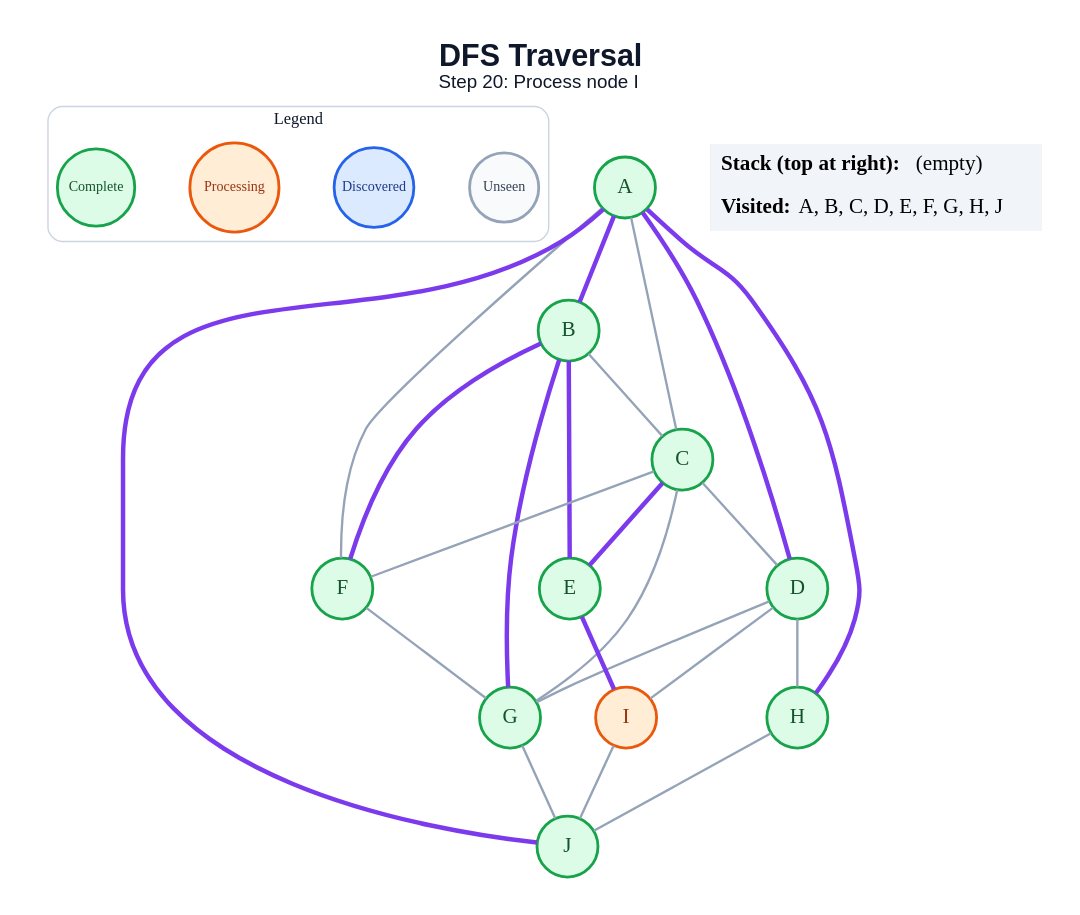
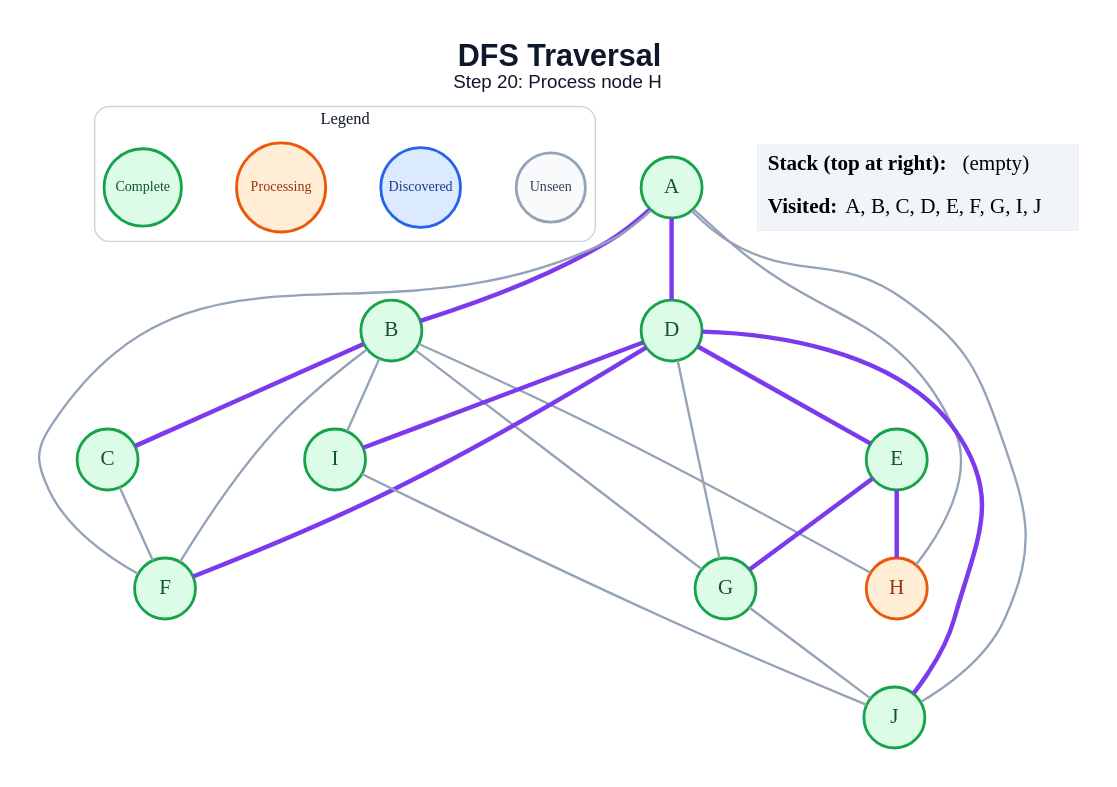
The diagram in generated/specific-node/dfs/step_20.dot (amanghodawala9/ai-slop), drawn with Graphviz before and after one commit. The commit also changed 178 other files, not shown here.

```diff
--- a/generated/specific-node/dfs/step_20.dot
+++ b/generated/specific-node/dfs/step_20.dot
@@ -1,51 +1,49 @@
 graph traversal {
   graph [layout=dot, rankdir=TB, bgcolor="#FFFFFF", pad="0.35", nodesep="0.65", ranksep="0.8", fontname="Arial"];
   node [shape=circle, style="filled", fontname="Arial Bold", fontsize=18, width=0.72, fixedsize=true, penwidth=2.4];
   edge [color="#94A3B8", penwidth=2.0];
-  label=<<B>DFS Traversal</B><BR/><FONT POINT-SIZE="16">Step 20: Process node I</FONT>>; labelloc="t"; fontsize=26; fontname="Arial"; fontcolor="#0F172A";
+  label=<<B>DFS Traversal</B><BR/><FONT POINT-SIZE="16">Step 20: Process node H</FONT>>; labelloc="t"; fontsize=26; fontname="Arial"; fontcolor="#0F172A";
   subgraph cluster_legend { label="Legend"; color="#CBD5E1"; penwidth=1.2; style="rounded"; fontsize=14; fontname="Arial Bold";
     key_unseen [label="Unseen", fillcolor="#F8FAFC", color="#94A3B8", fontcolor="#334155", fontsize=12, width=0.82];
     key_frontier [label="Discovered", fillcolor="#DBEAFE", color="#2563EB", fontcolor="#1E3A8A", fontsize=12, width=0.95];
     key_current [label="Processing", fillcolor="#FFEDD5", color="#EA580C", fontcolor="#9A3412", fontsize=12, width=1.05];
     key_done [label="Complete", fillcolor="#DCFCE7", color="#16A34A", fontcolor="#14532D", fontsize=12, width=0.92];
     { rank=same; key_unseen; key_frontier; key_current; key_done; }
   }
   A [fillcolor="#DCFCE7", color="#16A34A", fontcolor="#14532D"];
   B [fillcolor="#DCFCE7", color="#16A34A", fontcolor="#14532D"];
   C [fillcolor="#DCFCE7", color="#16A34A", fontcolor="#14532D"];
   D [fillcolor="#DCFCE7", color="#16A34A", fontcolor="#14532D"];
   E [fillcolor="#DCFCE7", color="#16A34A", fontcolor="#14532D"];
   F [fillcolor="#DCFCE7", color="#16A34A", fontcolor="#14532D"];
   G [fillcolor="#DCFCE7", color="#16A34A", fontcolor="#14532D"];
-  H [fillcolor="#DCFCE7", color="#16A34A", fontcolor="#14532D"];
-  I [fillcolor="#FFEDD5", color="#EA580C", fontcolor="#9A3412"];
+  H [fillcolor="#FFEDD5", color="#EA580C", fontcolor="#9A3412"];
+  I [fillcolor="#DCFCE7", color="#16A34A", fontcolor="#14532D"];
   J [fillcolor="#DCFCE7", color="#16A34A", fontcolor="#14532D"];
   A -- B [color="#7C3AED", penwidth=3.8];
-  A -- C;
   A -- D [color="#7C3AED", penwidth=3.8];
   A -- F;
-  A -- H [color="#7C3AED", penwidth=3.8];
-  A -- J [color="#7C3AED", penwidth=3.8];
-  B -- C;
-  B -- E [color="#7C3AED", penwidth=3.8];
-  B -- F [color="#7C3AED", penwidth=3.8];
-  B -- G [color="#7C3AED", penwidth=3.8];
-  C -- D;
-  C -- E [color="#7C3AED", penwidth=3.8];
+  A -- H;
+  A -- J;
+  B -- C [color="#7C3AED", penwidth=3.8];
+  B -- F;
+  B -- G;
+  B -- H;
+  B -- I;
   C -- F;
-  C -- G;
+  D -- E [color="#7C3AED", penwidth=3.8];
+  D -- F [color="#7C3AED", penwidth=3.8];
   D -- G;
-  D -- H;
-  D -- I;
-  E -- I [color="#7C3AED", penwidth=3.8];
-  F -- G;
+  D -- I [color="#7C3AED", penwidth=3.8];
+  D -- J [color="#7C3AED", penwidth=3.8];
+  E -- G [color="#7C3AED", penwidth=3.8];
+  E -- H [color="#7C3AED", penwidth=3.8];
   G -- J;
-  H -- J;
   I -- J;
   status [shape=plain, fixedsize=false, width=0, height=0, margin=0, label=<
     <TABLE BORDER="0" CELLBORDER="0" CELLPADDING="7" BGCOLOR="#F1F5F9">
       <TR><TD ALIGN="LEFT"><B>Stack (top at right):</B> (empty)</TD></TR>
-      <TR><TD ALIGN="LEFT"><B>Visited:</B> A, B, C, D, E, F, G, H, J</TD></TR>
+      <TR><TD ALIGN="LEFT"><B>Visited:</B> A, B, C, D, E, F, G, I, J</TD></TR>
     </TABLE>
   >];
 }
```
